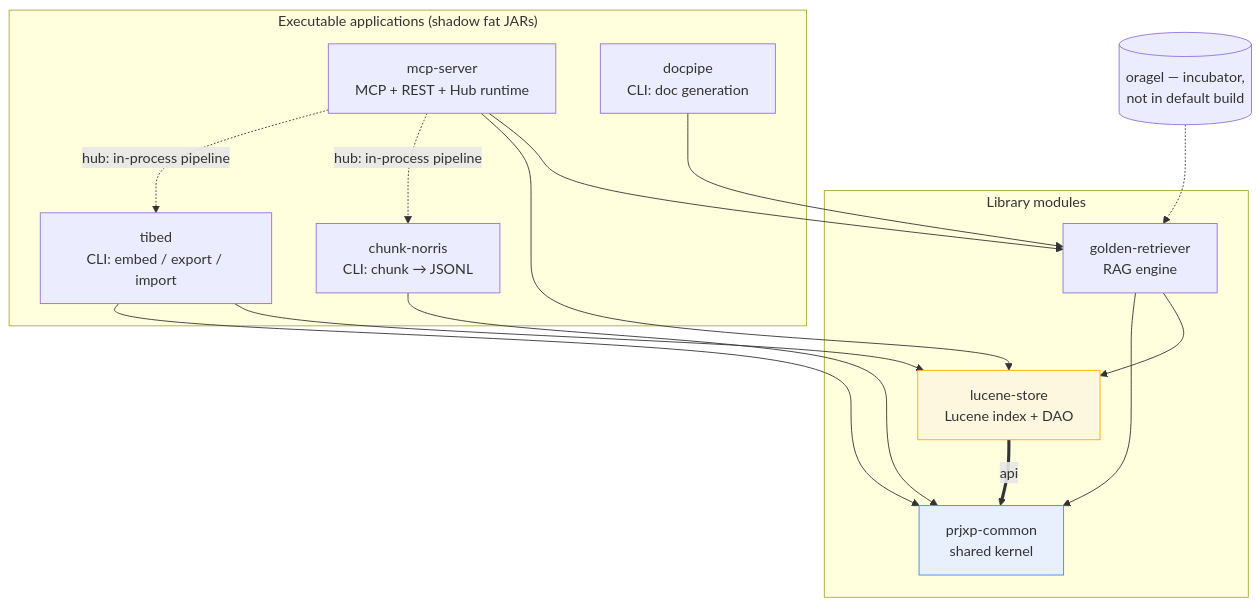
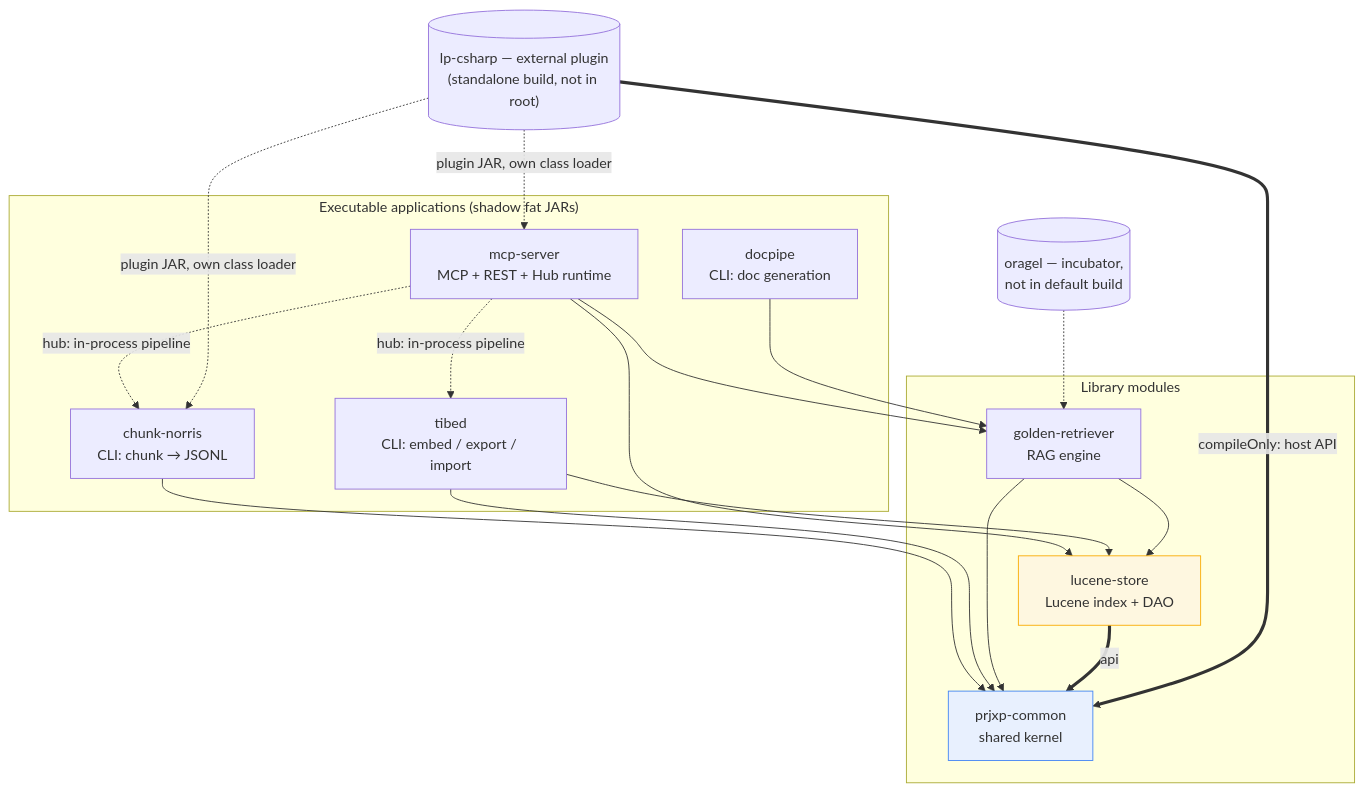
One commit to carstenSpraener/prjxp changed the first of 8 diagrams in doc/arc42/05_building_block_view.md. Above: the diagram before and after it, drawn with Mermaid. The commit also changed other lines of this file and 16 other files, not shown here.

First line of the commit message:
docs: align READMEs and arc42 with the LanguagePack architecture

````diff
--- a/doc/arc42/05_building_block_view.md
+++ b/doc/arc42/05_building_block_view.md
@@ -5,33 +5,37 @@
 ```mermaid
 flowchart TB
     subgraph apps ["Executable applications (shadow fat JARs)"]
         CN["chunk-norris<br/>CLI: chunk → JSONL"]
         TIB["tibed<br/>CLI: embed / export / import"]
         MS["mcp-server<br/>MCP + REST + Hub runtime"]
         DP["docpipe<br/>CLI: doc generation"]
     end
 
     subgraph libs ["Library modules"]
         GR["golden-retriever<br/>RAG engine"]
         LS["lucene-store<br/>Lucene index + DAO"]
         PC["prjxp-common<br/>shared kernel"]
     end
 
     ORA[("oragel — incubator,<br/>not in default build")]
+    LPC[("lp-csharp — external plugin<br/>(standalone build, not in root)")]
 
     MS --> GR
     MS --> LS
     MS -.->|"hub: in-process pipeline"| CN
     MS -.->|"hub: in-process pipeline"| TIB
     DP --> GR
     CN --> PC
     TIB --> LS
     TIB --> PC
     GR --> LS
     GR --> PC
     LS ==>|"api"| PC
     ORA -.-> GR
+    LPC ==>|"compileOnly: host API"| PC
+    LPC -.->|"plugin JAR, own class loader"| CN
+    LPC -.->|"plugin JAR, own class loader"| MS
 
     style PC fill:#e8f0fe,stroke:#4285f4
     style LS fill:#fef7e0,stroke:#f9ab00
 ```
````
